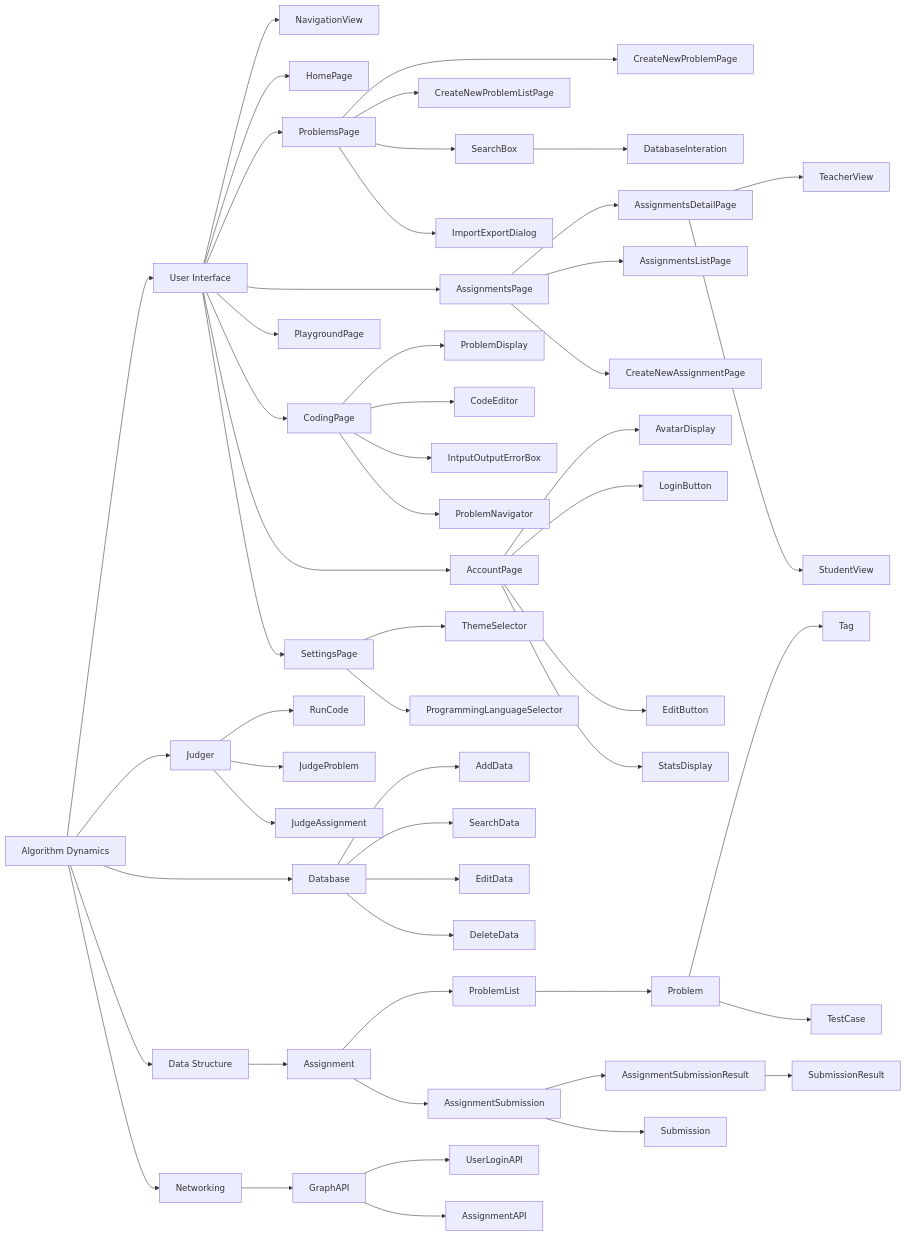
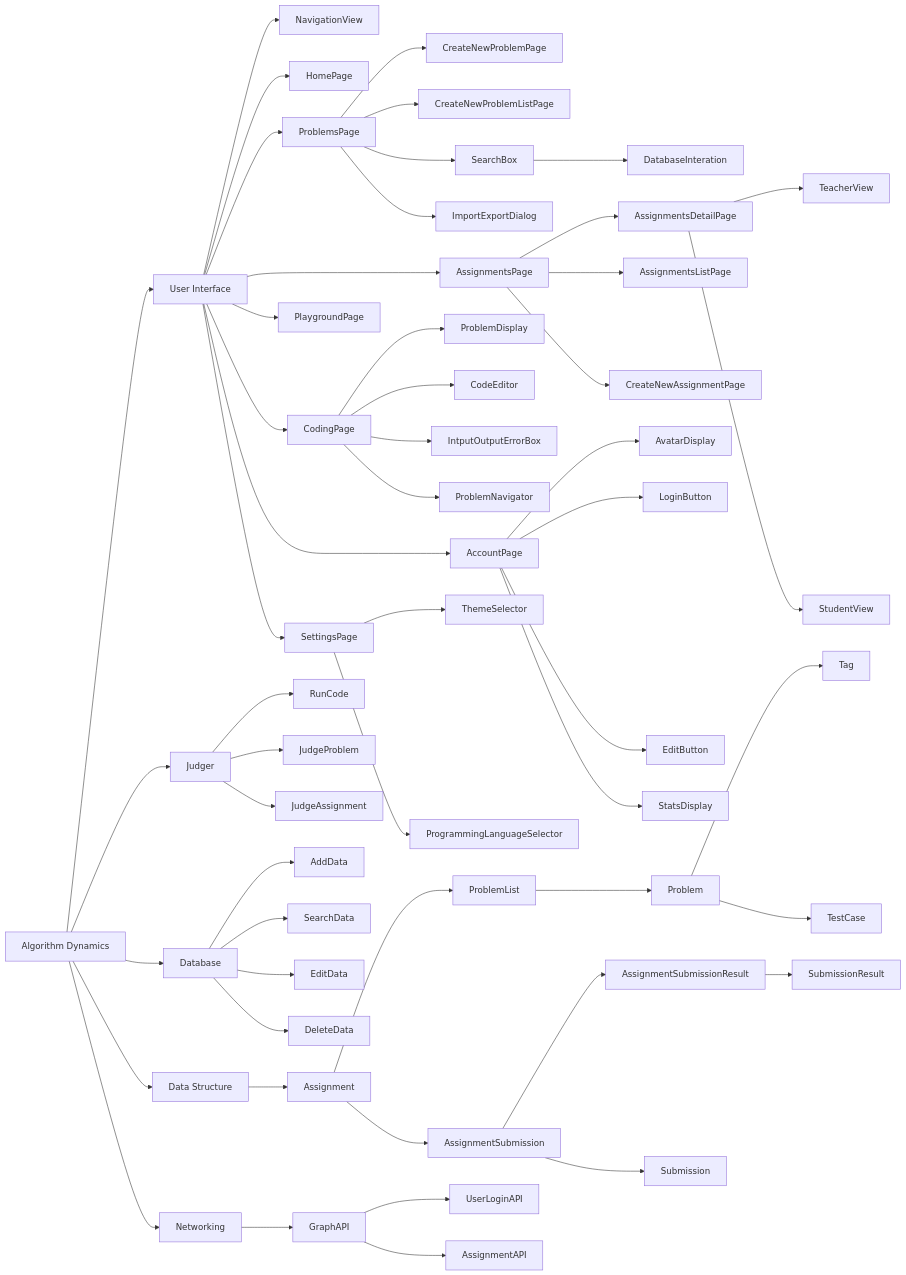
Before and after one commit to HEIGE-PCloud/Algorithm-Dynamics: the diagram in report/graphs/decomposition-design.mmd, drawn with Mermaid. The commit also changed 5 other files, not shown here.

```diff
--- a/report/graphs/decomposition-design.mmd
+++ b/report/graphs/decomposition-design.mmd
@@ -1,56 +1,56 @@
 graph LR
     AlgorithmDynamics[Algorithm Dynamics]
     UI[User Interface]
     DataStructure[Data Structure]
     AlgorithmDynamics --> UI
     UI --> NavigationView
     UI --> HomePage
     UI --> ProblemsPage
-    ProblemsPage ---> CreateNewProblemPage
+    ProblemsPage --> CreateNewProblemPage
     ProblemsPage --> CreateNewProblemListPage
     ProblemsPage --> SearchBox
     ProblemsPage --> ImportExportDialog
     SearchBox --> DatabaseInteration
     UI ---> AssignmentsPage
     AssignmentsPage --> AssignmentsDetailPage
     AssignmentsDetailPage --> TeacherView
     AssignmentsDetailPage --> StudentView
     AssignmentsPage --> AssignmentsListPage
     AssignmentsPage --> CreateNewAssignmentPage
     UI --> PlaygroundPage
     UI --> CodingPage
     CodingPage --> ProblemDisplay
     CodingPage --> CodeEditor
     CodingPage --> IntputOutputErrorBox
     CodingPage --> ProblemNavigator
     UI ---> AccountPage
     AccountPage --> AvatarDisplay
     AccountPage --> LoginButton
     AccountPage --> EditButton
     AccountPage --> StatsDisplay
     UI --> SettingsPage
     SettingsPage --> ThemeSelector
     SettingsPage --> ProgrammingLanguageSelector
     AlgorithmDynamics --> Judger
     Judger --> RunCode
     Judger --> JudgeProblem
     Judger --> JudgeAssignment
-    AlgorithmDynamics ---> Database
+    AlgorithmDynamics --> Database
     Database --> AddData
     Database --> SearchData
     Database --> EditData
     Database --> DeleteData
     AlgorithmDynamics --> DataStructure
     DataStructure --> Assignment
     Assignment --> ProblemList
     ProblemList --> Problem
     Problem --> Tag
     Problem --> TestCase
     Assignment --> AssignmentSubmission
     AssignmentSubmission --> AssignmentSubmissionResult
     AssignmentSubmissionResult --> SubmissionResult
     AssignmentSubmission --> Submission
     AlgorithmDynamics --> Networking
     Networking --> GraphAPI
     GraphAPI --> UserLoginAPI
     GraphAPI --> AssignmentAPI
```
